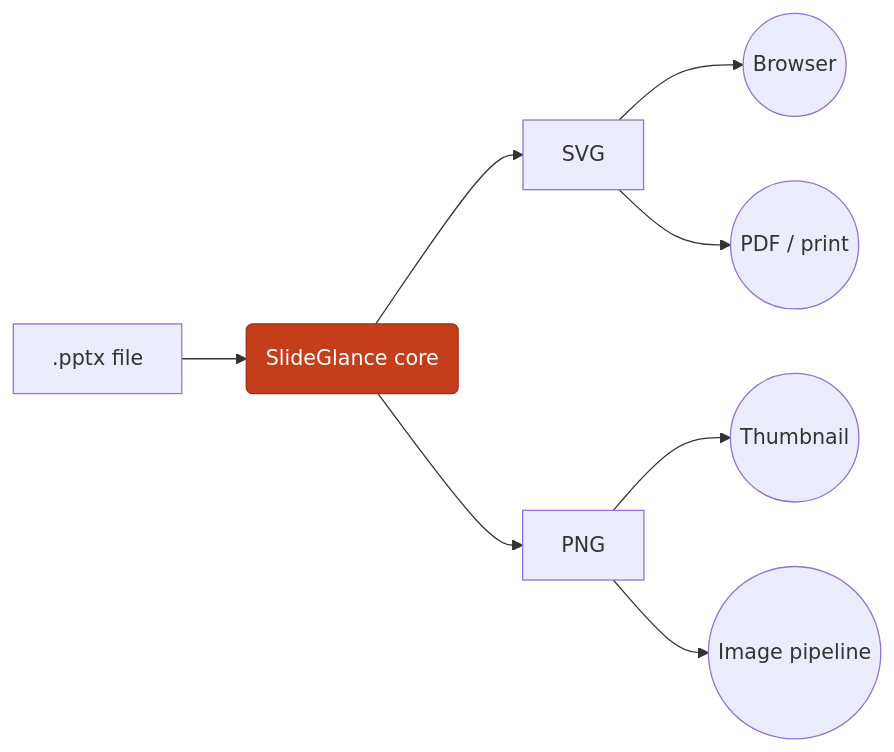
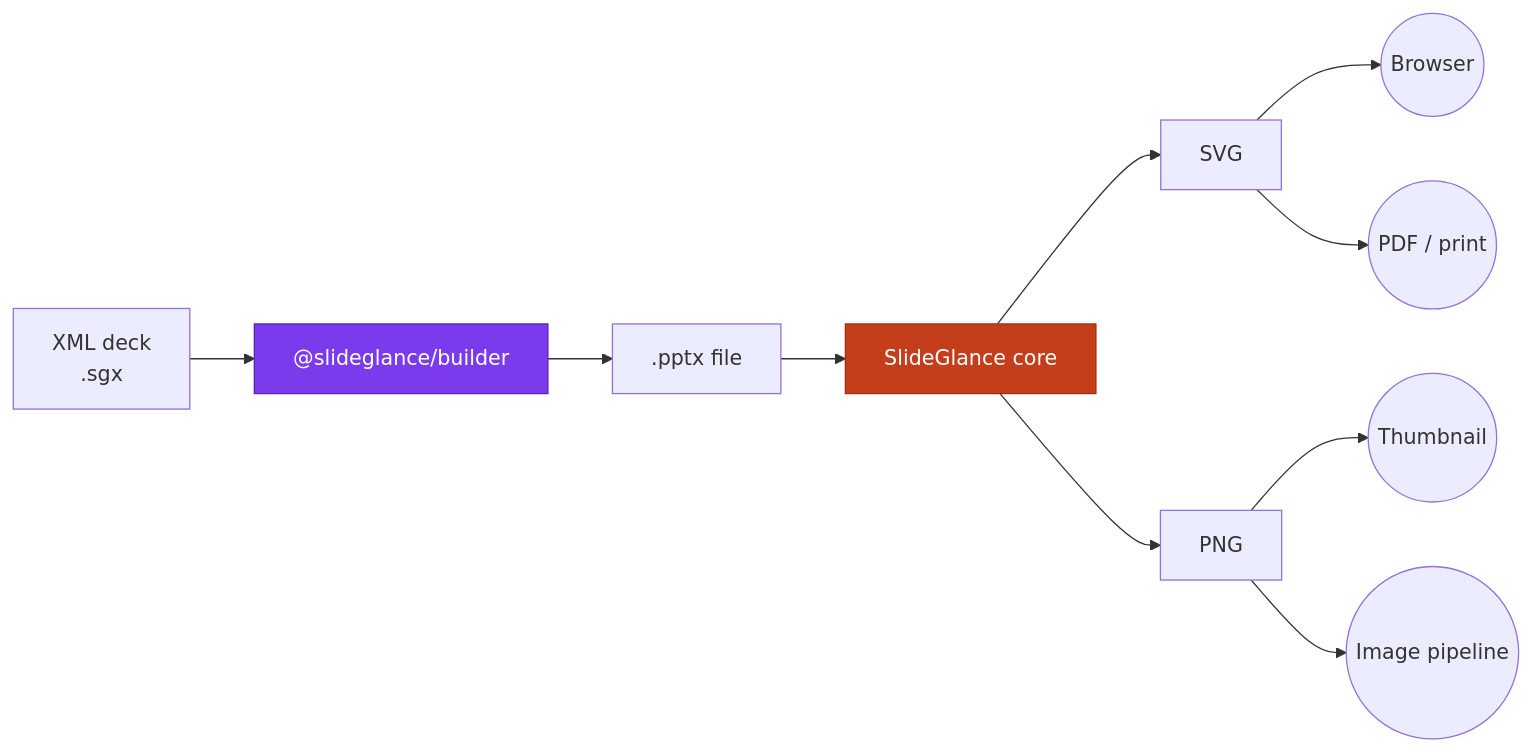
Before and after one commit to SlideGlance/slideglance: the first of 2 diagrams in README.md, drawn with Mermaid. The commit also changed other lines of this file and 131 other files, not shown here.

````diff
--- a/README.md
+++ b/README.md
@@ -67,11 +74,14 @@
 ```mermaid
 graph LR
-    A[.pptx file] --> B(SlideGlance core)
-    B --> C[SVG]
-    B --> D[PNG]
-    C --> E((Browser))
-    C --> F((PDF / print))
-    D --> G((Thumbnail))
-    D --> H((Image pipeline))
-    style B fill:#c43e1c,color:#fff,stroke:#a32d10
+    XML[XML deck<br/>.sgx] --> BLD["@slideglance/builder"]
+    BLD --> PPTX[.pptx file]
+    PPTX --> CORE[SlideGlance core]
+    CORE --> SVG[SVG]
+    CORE --> PNG[PNG]
+    SVG --> BR((Browser))
+    SVG --> PDF((PDF / print))
+    PNG --> THM((Thumbnail))
+    PNG --> IMG((Image pipeline))
+    style BLD fill:#7c3aed,color:#fff,stroke:#5b21b6
+    style CORE fill:#c43e1c,color:#fff,stroke:#a32d10
 ```
````
